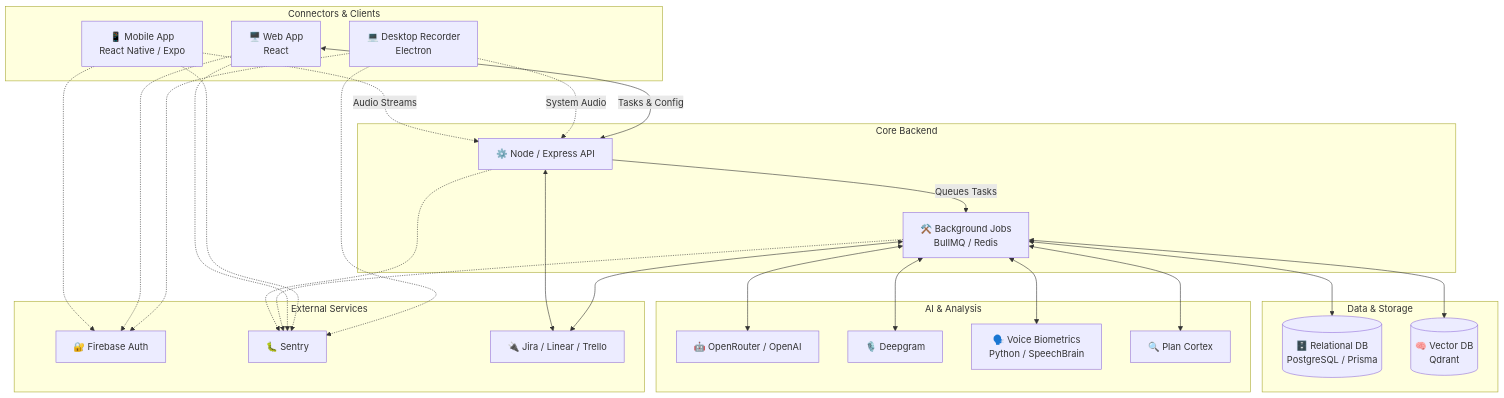
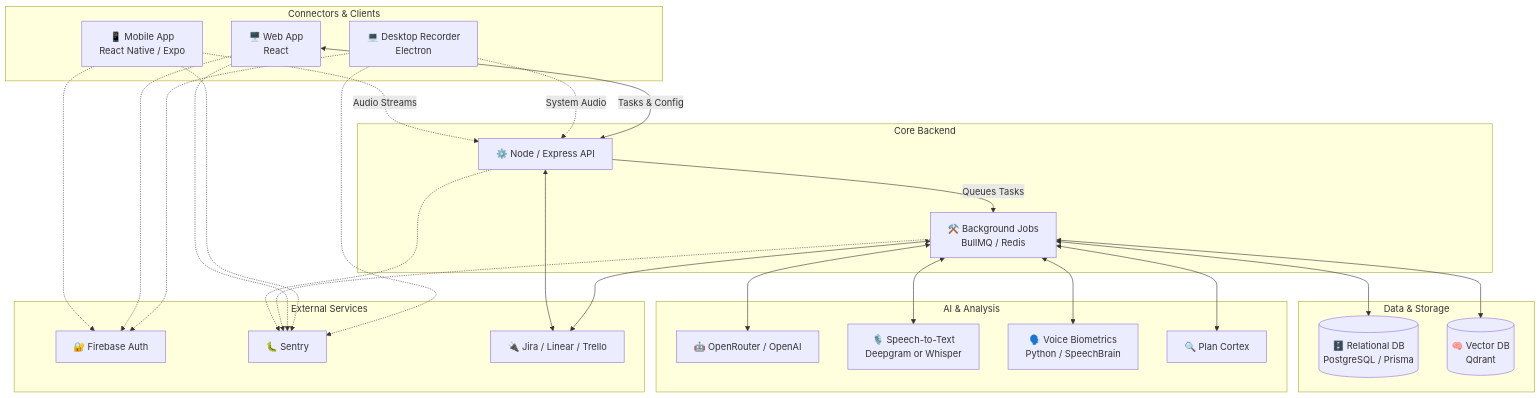
The second of 2 diagrams in README.md (blueberrybytes/plan-ai), drawn with Mermaid before and after one commit. The commit also changed other lines of this file and 30 other files, not shown here.

Commit message:
feat: add self-hosted Whisper speech-to-text integration with live and prerecorded transcription support

````diff
--- a/README.md
+++ b/README.md
@@ -167,64 +167,64 @@
 ```mermaid
 graph TD
     %% Connectors
     subgraph Connectors[Connectors & Clients]
         Mobile[📱 Mobile App<br>React Native / Expo]
         Recorder[💻 Desktop Recorder<br>Electron]
         Web[🖥️ Web App<br>React]
     end
 
     %% API Layer
     subgraph Backend[Core Backend]
         API[⚙️ Node / Express API]
         Workers[⚒️ Background Jobs<br>BullMQ / Redis]
     end
 
     %% Data Layer
     subgraph DataLayer[Data & Storage]
         DB[(🗄️ Relational DB<br>PostgreSQL / Prisma)]
         VectorDB[(🧠 Vector DB<br>Qdrant)]
     end
 
     %% AI & Analysis
     subgraph Intelligence[AI & Analysis]
         LLMs[🤖 OpenRouter / OpenAI]
-        Speech[🎙️ Deepgram]
+        Speech[🎙️ Speech-to-Text<br>Deepgram or Whisper]
         VoiceAI[🗣️ Voice Biometrics<br>Python / SpeechBrain]
         Cortex[🔍 Plan Cortex]
     end
 
     %% External Services
     subgraph External[External Services]
         Auth[🔐 Firebase Auth]
         Monitor[🐛 Sentry]
         Integrations[🔌 Jira / Linear / Trello]
     end
 
     %% Flow
     Mobile -.->|Audio Streams| API
     Recorder -.->|System Audio| API
     Web <-->|Tasks & Config| API
 
     Mobile -.-> Auth
     Web -.-> Auth
     Recorder -.-> Auth
 
     API -->|Queues Tasks| Workers
 
     API <--> Integrations
     Workers <--> Integrations
 
     Workers <--> DB
     Workers <--> VectorDB
 
     Workers <--> Speech
     Workers <--> VoiceAI
     Workers <--> LLMs
     Workers <--> Cortex
 
     API -.-> Monitor
     Workers -.-> Monitor
     Web -.-> Monitor
     Mobile -.-> Monitor
     Recorder -.-> Monitor
 ```
````
